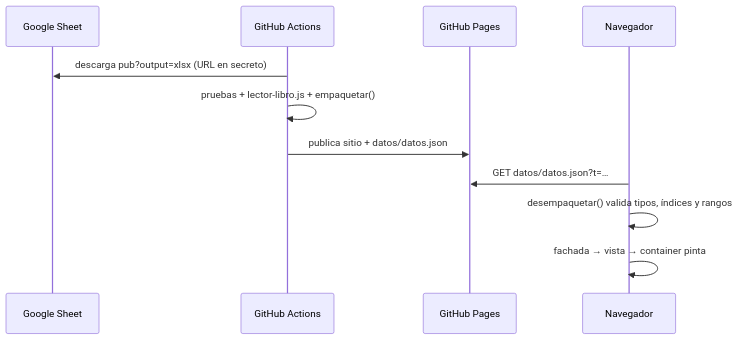
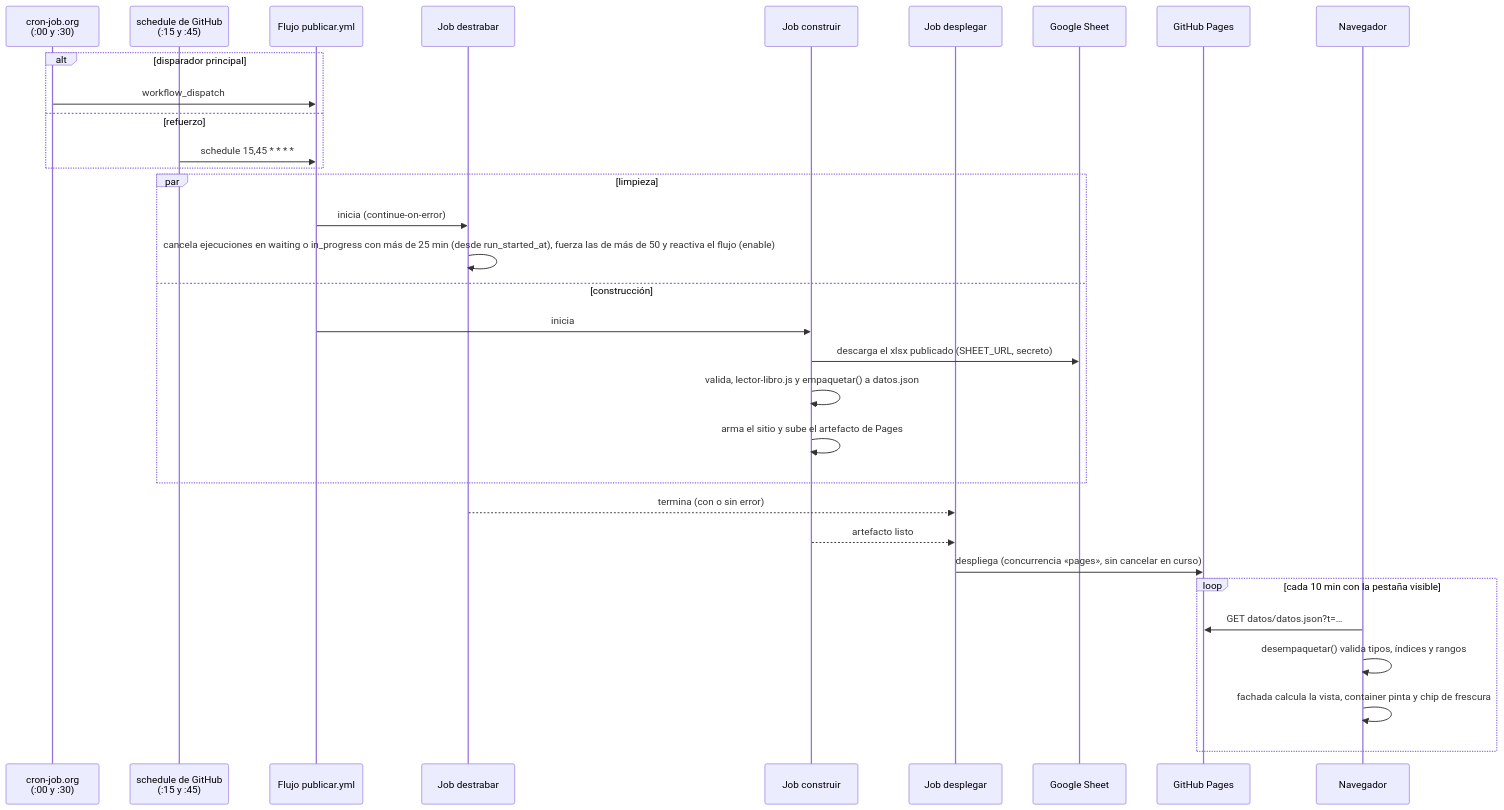
The second of 2 diagrams in docs/arquitectura.md (Alexis-VsCode/turismo-patate), drawn with Mermaid before and after one commit. The commit also changed other lines of this file and 33 other files, not shown here.

````diff
--- a/docs/arquitectura.md
+++ b/docs/arquitectura.md
@@ -42,13 +65,34 @@
 ```mermaid
 sequenceDiagram
+    participant CJ as cron-job.org<br/>(:00 y :30)
+    participant GS as schedule de GitHub<br/>(:15 y :45)
+    participant W as Flujo publicar.yml
+    participant DT as Job destrabar
+    participant CO as Job construir
+    participant DE as Job desplegar
     participant H as Google Sheet
-    participant A as GitHub Actions
     participant P as GitHub Pages
     participant N as Navegador
-    A->>H: descarga pub?output=xlsx (URL en secreto)
-    A->>A: pruebas + lector-libro.js + empaquetar()
-    A->>P: publica sitio + datos/datos.json
-    N->>P: GET datos/datos.json?t=…
-    N->>N: desempaquetar() valida tipos, índices y rangos
-    N->>N: fachada → vista → container pinta
+    alt disparador principal
+        CJ->>W: workflow_dispatch
+    else refuerzo
+        GS->>W: schedule 15,45 * * * *
+    end
+    par limpieza
+        W->>DT: inicia (continue-on-error)
+        DT->>DT: cancela ejecuciones en waiting o in_progress con más de 25 min (desde run_started_at), fuerza las de más de 50 y reactiva el flujo (enable)
+    and construcción
+        W->>CO: inicia
+        CO->>H: descarga el xlsx publicado (SHEET_URL, secreto)
+        CO->>CO: valida, lector-libro.js y empaquetar() a datos.json
+        CO->>CO: arma el sitio y sube el artefacto de Pages
+    end
+    DT-->>DE: termina (con o sin error)
+    CO-->>DE: artefacto listo
+    DE->>P: despliega (concurrencia «pages», sin cancelar en curso)
+    loop cada 10 min con la pestaña visible
+        N->>P: GET datos/datos.json?t=…
+        N->>N: desempaquetar() valida tipos, índices y rangos
+        N->>N: fachada calcula la vista, container pinta y chip de frescura
+    end
 ```
````
